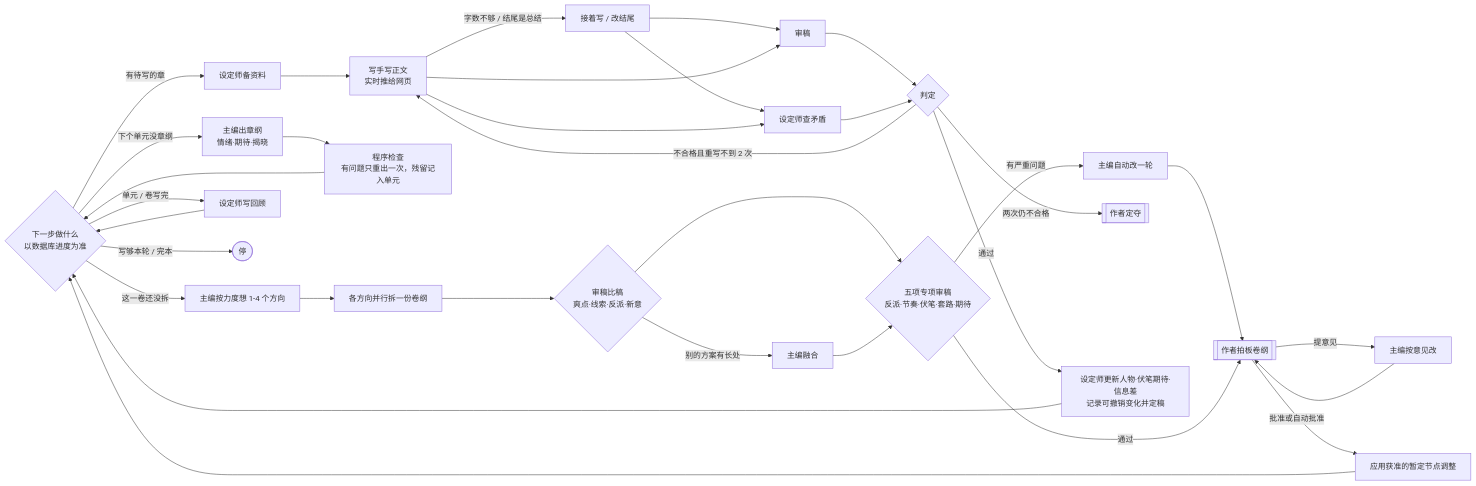
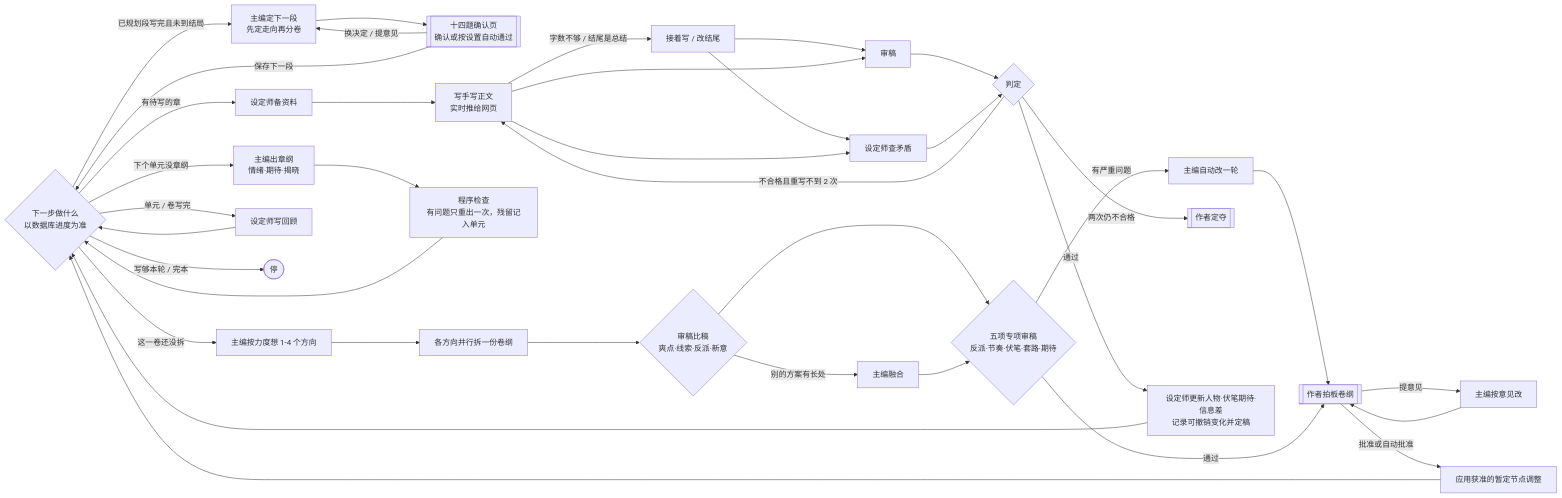
Before and after one commit to lxbtkfbj/zhibi: the second of 3 diagrams in README.md, drawn with Mermaid. The commit also changed other lines of this file and 38 other files, not shown here.

````diff
--- a/README.md
+++ b/README.md
@@ -92,35 +95,39 @@
 ```mermaid
 flowchart LR
     N{下一步做什么<br/>以数据库进度为准} -->|这一卷还没拆| P[主编按力度想 1-4 个方向]
+    N -->|已规划段写完且未到结局| SP[主编定下一段<br/>先定走向再分卷]
+    SP --> SG[[十四题确认页<br/>确认或按设置自动通过]]
+    SG -- 换决定 / 提意见 --> SP
+    SG -- 保存下一段 --> N
     P --> P1[各方向并行拆一份卷纲]
     P1 --> B{审稿比稿<br/>爽点·线索·反派·新意}
     B -- 别的方案有长处 --> M[主编融合]
     B --> A
     M --> A{五项专项审稿<br/>反派·节奏·伏笔·套路·期待}
     A -- 有严重问题 --> AR[主编自动改一轮]
     AR --> G1
     A -- 通过 --> G1[[作者拍板卷纲]]
     G1 -- 提意见 --> GR[主编按意见改]
     GR --> G1
     G1 -- 批准或自动批准 --> NU[应用获准的暂定节点调整]
     NU --> N
     N -->|下个单元没章纲| C[主编出章纲<br/>情绪·期待·揭晓]
     C --> CP[程序检查<br/>有问题只重出一次，残留记入单元]
     CP --> N
     N -->|有待写的章| L[设定师备资料]
     L --> W[写手写正文<br/>实时推给网页]
     W -- 字数不够 / 结尾是总结 --> PL[接着写 / 改结尾]
     PL --> R
     PL --> K
     W --> R[审稿]
     W --> K[设定师查矛盾]
     R --> J{判定}
     K --> J
     J -- 不合格且重写不到 2 次 --> W
     J -- 两次仍不合格 --> G2[[作者定夺]]
     J -- 通过 --> F[设定师更新人物·伏笔期待·信息差<br/>记录可撤销变化并定稿]
     F --> N
     N -->|单元 / 卷写完| RC[设定师写回顾]
     RC --> N
     N -->|写够本轮 / 完本| X([停])
 ```
````
